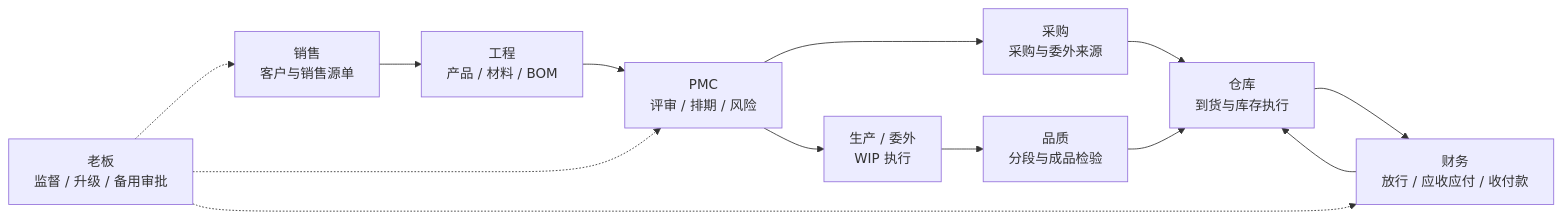
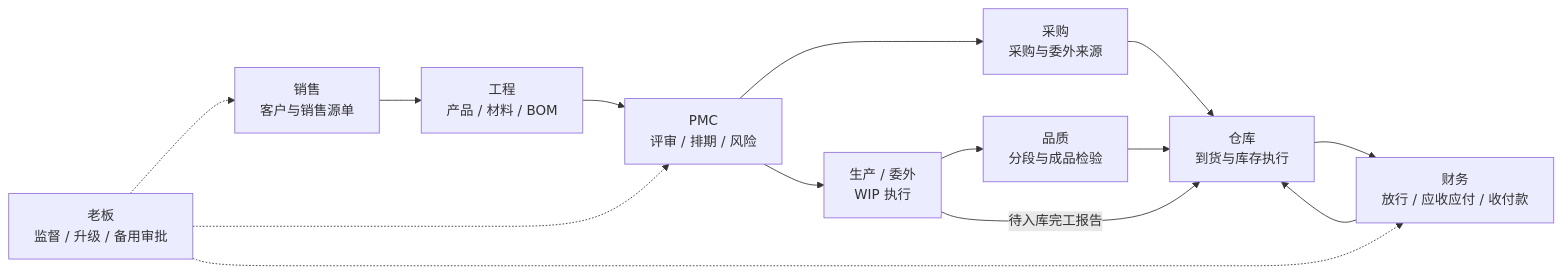
The diagram in docs/customers/yoyoosun/角色能力与流程矩阵.md (saurick/plush-toy-erp), drawn with Mermaid before and after one commit. The commit also changed other lines of this file and 46 other files, not shown here.

````diff
--- a/docs/customers/yoyoosun/角色能力与流程矩阵.md
+++ b/docs/customers/yoyoosun/角色能力与流程矩阵.md
@@ -72,15 +72,16 @@
 ```mermaid
 flowchart LR
   sales["销售\n客户与销售源单"] --> engineering["工程\n产品 / 材料 / BOM"]
   engineering --> pmc["PMC\n评审 / 排期 / 风险"]
   pmc --> purchase["采购\n采购与委外来源"]
   pmc --> production["生产 / 委外\nWIP 执行"]
   purchase --> warehouse["仓库\n到货与库存执行"]
   production --> quality["品质\n分段与成品检验"]
+  production -->|"待入库完工报告"| warehouse
   quality --> warehouse
   warehouse --> finance["财务\n放行 / 应收应付 / 收付款"]
   finance --> warehouse
   boss["老板\n监督 / 升级 / 备用审批"] -.-> sales
   boss -.-> pmc
   boss -.-> finance
 ```
````
